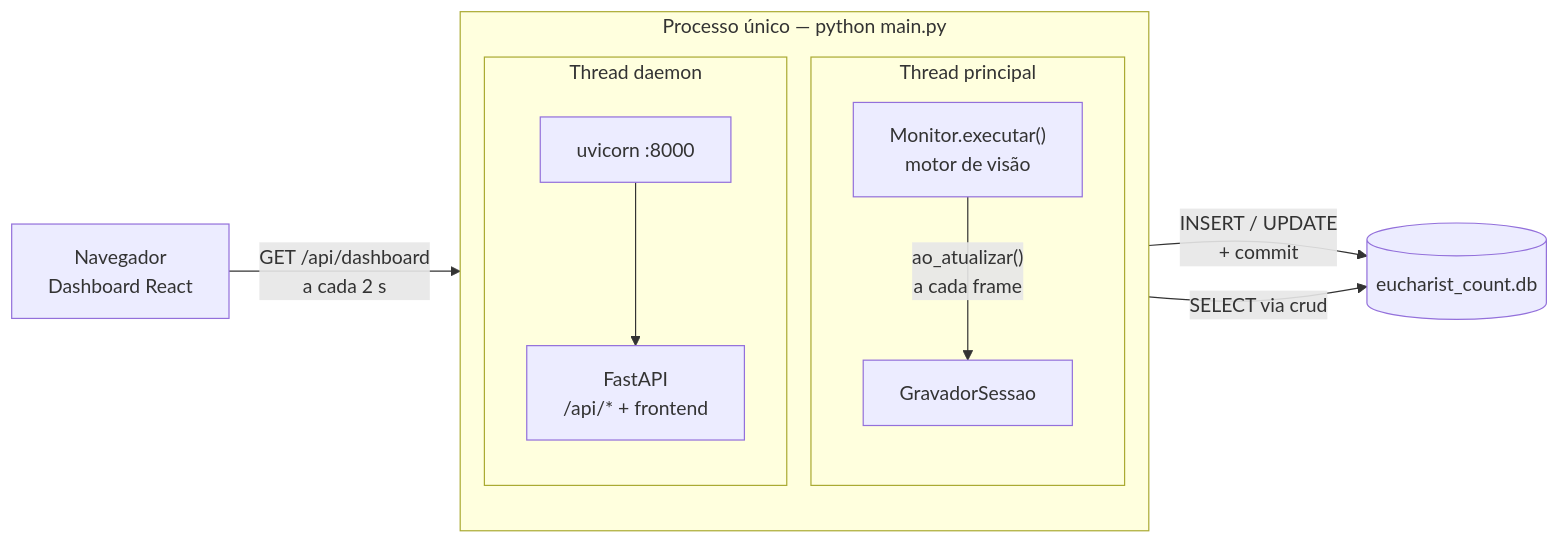
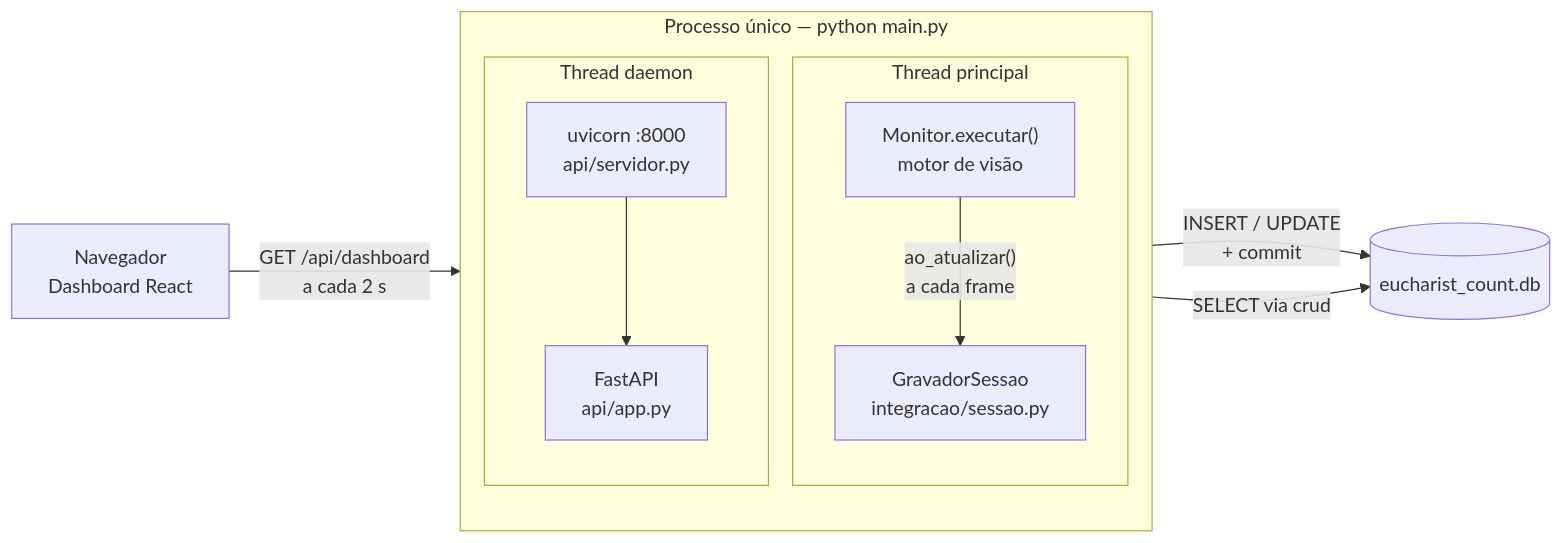
Before and after one commit to FelipeUemura11/EucharistCount-TCC: the first of 3 diagrams in backend/DOCUMENTACAO_API.md, drawn with Mermaid. The commit also changed other lines of this file and 5 other files, not shown here.

````diff
--- a/backend/DOCUMENTACAO_API.md
+++ b/backend/DOCUMENTACAO_API.md
@@ -19,15 +53,15 @@
 ```mermaid
 flowchart LR
     subgraph P["Processo único — python main.py"]
         direction TB
         subgraph T1["Thread principal"]
-            MON["Monitor.executar()<br/>motor de visão"] -->|"ao_atualizar()<br/>a cada frame"| GRV["GravadorSessao"]
+            MON["Monitor.executar()<br/>motor de visão"] -->|"ao_atualizar()<br/>a cada frame"| GRV["GravadorSessao<br/>integracao/sessao.py"]
         end
         subgraph T2["Thread daemon"]
-            UV["uvicorn :8000"] --> APP["FastAPI<br/>/api/* + frontend"]
+            UV["uvicorn :8000<br/>api/servidor.py"] --> APP["FastAPI<br/>api/app.py"]
         end
     end
     GRV -->|"INSERT / UPDATE<br/>+ commit"| DB[("eucharist_count.db")]
     APP -->|"SELECT via crud"| DB
     NAV["Navegador<br/>Dashboard React"] -->|"GET /api/dashboard<br/>a cada 2 s"| APP
 ```
````
